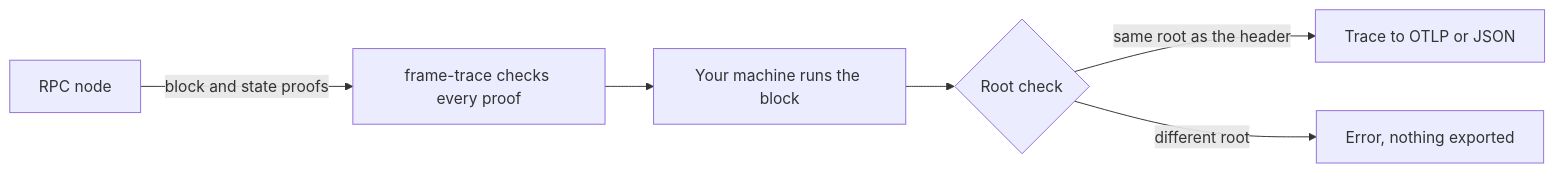
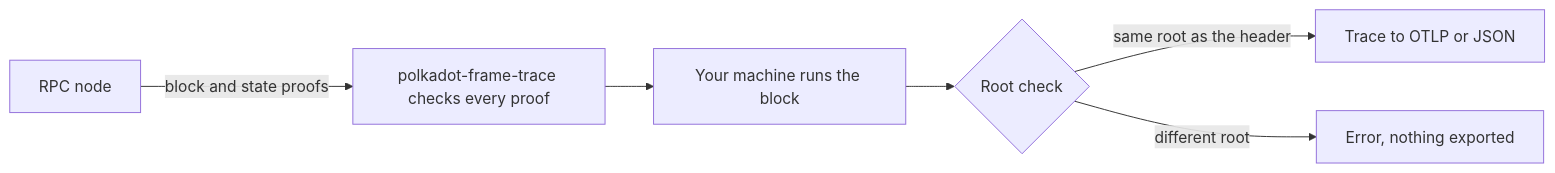
One commit to agustinustheo/frame-trace changed the diagram in docs/concepts/what-a-replay-proves.md. Above: the diagram before and after it, drawn with Mermaid. The commit also changed other lines of this file and 36 other files, not shown here.

Commit message:
Docs: the polkadot-frame-trace name, repository and docs address

````diff
--- a/docs/concepts/what-a-replay-proves.md
+++ b/docs/concepts/what-a-replay-proves.md
@@ -8,8 +8,8 @@
 ```mermaid
 flowchart LR
-  A[RPC node] -->|block and state proofs| B[frame-trace checks every proof]
+  A[RPC node] -->|block and state proofs| B[polkadot-frame-trace checks every proof]
   B --> C[Your machine runs the block]
   C --> D{Root check}
   D -->|same root as the header| E[Trace to OTLP or JSON]
   D -->|different root| F[Error, nothing exported]
 ```
````
